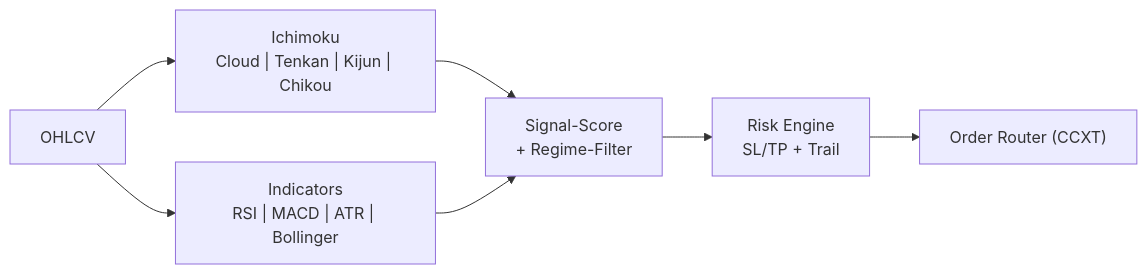
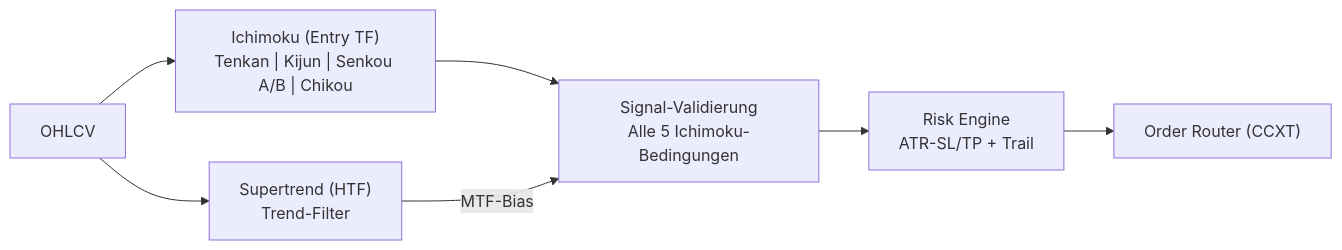
One commit to Youra82/utbot2 changed the diagram in README.md. Above: the diagram before and after it, drawn with Mermaid. The commit also changed other lines of this file, not shown here.

Commit message:
docs: README aktualisiert für Ichimoku + Supertrend MTF Strategie

````diff
--- a/README.md
+++ b/README.md
@@ -31,13 +31,15 @@
 ```mermaid
 flowchart LR
     A["OHLCV"]
-    B["Ichimoku<br/>Cloud | Tenkan | Kijun | Chikou"]
-    C["Indicators<br/>RSI | MACD | ATR | Bollinger"]
-    D["Signal-Score<br/>+ Regime-Filter"]
-    E["Risk Engine<br/>SL/TP + Trail"]
+    B["Ichimoku (Entry TF)<br/>Tenkan | Kijun | Senkou A/B | Chikou"]
+    C["Supertrend (HTF)<br/>Trend-Filter"]
+    D["Signal-Validierung<br/>Alle 5 Ichimoku-Bedingungen"]
+    E["Risk Engine<br/>ATR-SL/TP + Trail"]
     F["Order Router (CCXT)"]
 
     A --> B
     A --> C
-    B & C --> D --> E --> F
+    B --> D
+    C -->|"MTF-Bias"| D
+    D --> E --> F
 ```
````
